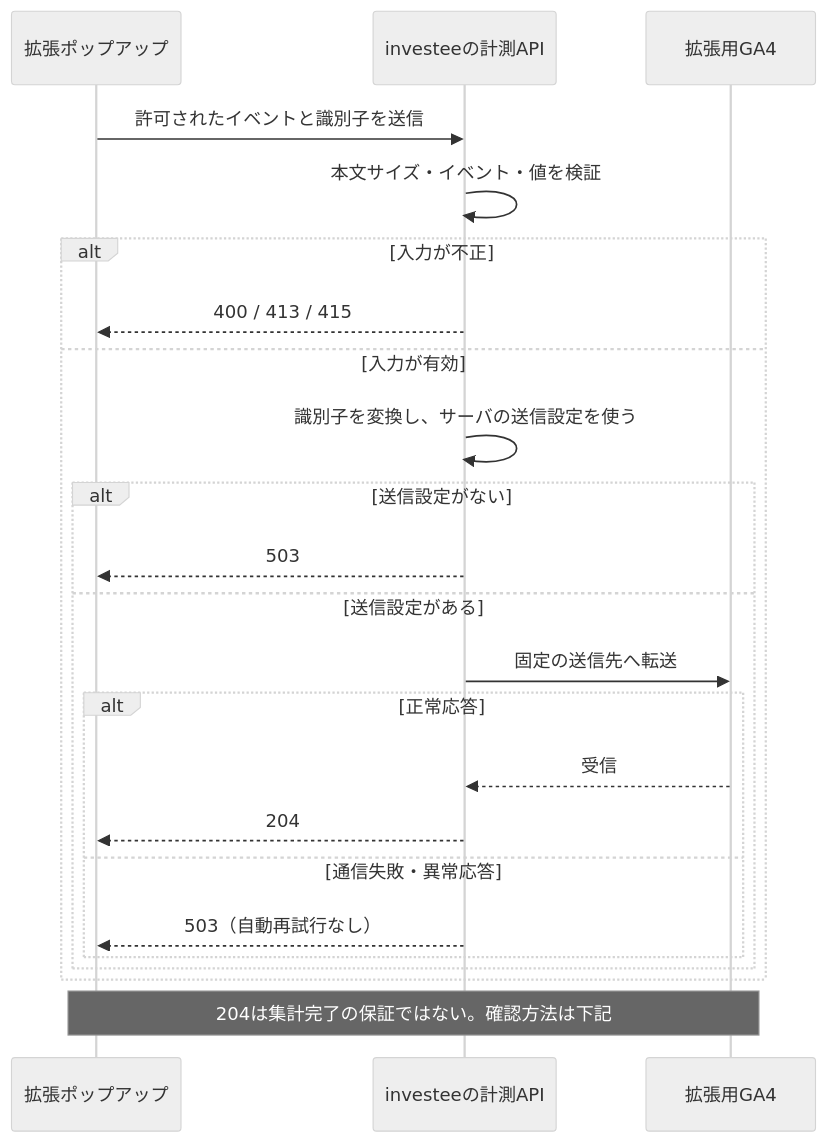
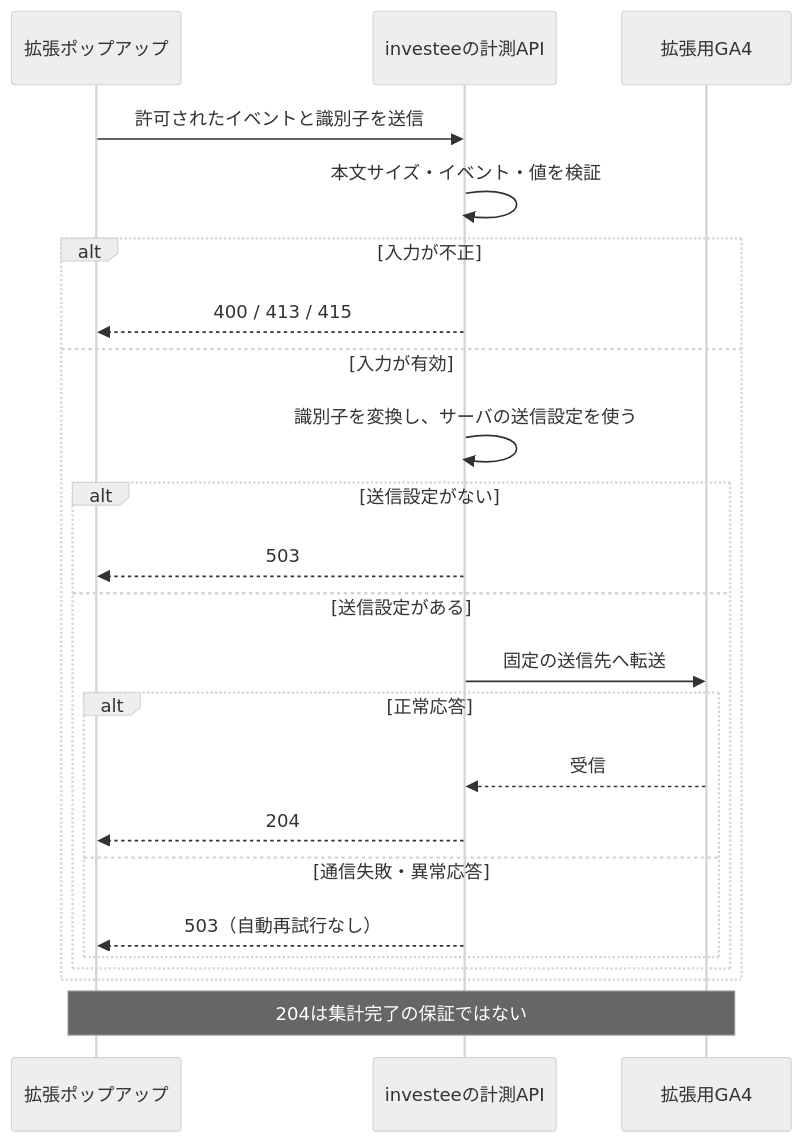
The second of 2 diagrams in docs/analytics/README.md (shin4488/financial-statement), drawn with Mermaid (neutral theme) before and after one commit. The commit also changed other lines of this file and 6 other files, not shown here.

````diff
--- a/docs/analytics/README.md
+++ b/docs/analytics/README.md
@@ -66,25 +66,25 @@
 ```mermaid
 sequenceDiagram
     participant P as 拡張ポップアップ
     participant A as investeeの計測API
     participant G as 拡張用GA4
     P->>A: 許可されたイベントと識別子を送信
     A->>A: 本文サイズ・イベント・値を検証
     alt 入力が不正
         A-->>P: 400 / 413 / 415
     else 入力が有効
         A->>A: 識別子を変換し、サーバの送信設定を使う
         alt 送信設定がない
             A-->>P: 503
         else 送信設定がある
             A->>G: 固定の送信先へ転送
             alt 正常応答
                 G-->>A: 受信
                 A-->>P: 204
             else 通信失敗・異常応答
                 A-->>P: 503（自動再試行なし）
             end
         end
     end
-    Note over P,G: 204は集計完了の保証ではない。確認方法は下記
+    Note over P,G: 204は集計完了の保証ではない
 ```
````
